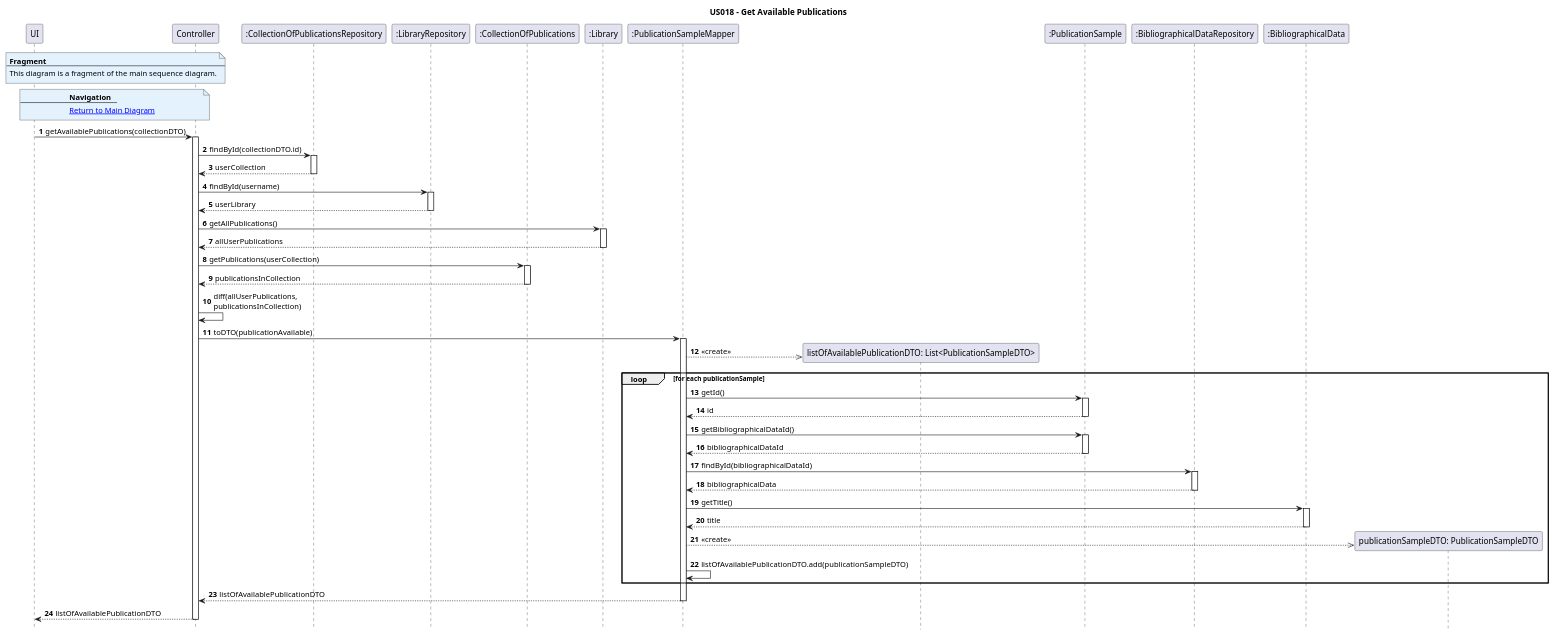
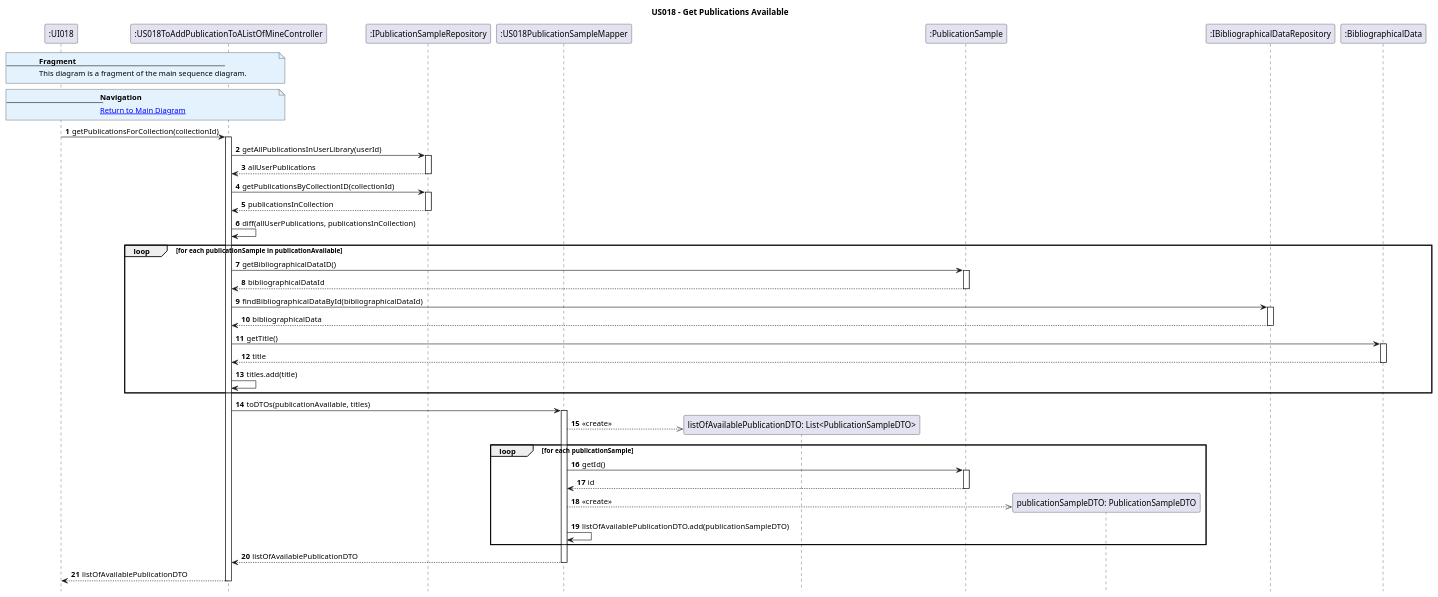
One commit to AndrePereiraGitH/SWitCH-Project-Team_A changed the diagram in Diagrams/SequenceDiagrams/N2/US018-to-add-a-publication-to-list/3.GetAvailablePublications.puml. Above: the diagram before and after it, drawn with PlantUML. The commit also changed 4 other files, not shown here.

Commit message:
refactor #615: update sequence and class diagrams according to DDD

```diff
--- a/Diagrams/SequenceDiagrams/N2/US018-to-add-a-publication-to-list/3.GetAvailablePublications.puml
+++ b/Diagrams/SequenceDiagrams/N2/US018-to-add-a-publication-to-list/3.GetAvailablePublications.puml
@@ -1,96 +1,103 @@
 @startuml
 
 hide footbox
 autonumber
 
-title US018 - Get Available Publications
+title US018 - Get Publications Available
+
+participant ":UI018" as UI
+participant ":US018ToAddPublicationToAListOfMineController" as Controller
+participant ":IPublicationSampleRepository" as PublicationSampleRepo
+participant ":US018PublicationSampleMapper" as PublicationSampleMapper
+participant "listOfAvailablePublicationDTO: List<PublicationSampleDTO>" as listOfAvailablePublicationDTO
+participant ":PublicationSample" as PublicationSample
+participant "publicationSampleDTO: PublicationSampleDTO" as publicationSampleDTO
+participant ":IBibliographicalDataRepository" as BibliographicalDataRepo
+participant ":BibliographicalData" as BibliographicalData
 
 note over UI, Controller #E3F2FD
 <b>Fragment</b>
 ---
 This diagram is a fragment of the main sequence diagram.
 end note
 
 note over UI, Controller #E3F2FD
 <b>Navigation</b>
 ---
 [[1.MainDiagram.puml Return to Main Diagram]]
 end note
 
-participant ":UI018" as UI
-participant ":AddCollectionOfPublicationsController" as Controller
-participant ":CollectionOfPublicationsRepository" as CollectionRepo
-participant ":LibraryRepository" as LibraryRepo
-participant ":CollectionOfPublications" as CP
-participant ":Library" as Library
-
-participant ":PublicationSampleMapper" as PublicationSampleMapper
-participant "listOfAvailablePublicationDTO: List<PublicationSampleDTO>" as listOfAvailablePublicationDTO
-participant ":PublicationSample" as PublicationSample
-participant ":BibliographicalDataRepository" as BibliographicalDataRepo
-participant ":BibliographicalData" as BibliographicalData
-participant "publicationSampleDTO: PublicationSampleDTO" as publicationSampleDTO
-
-UI -> Controller : getAvailablePublications(collectionDTO)
+UI -> Controller : getPublicationsForCollection(collectionId)
 activate Controller
 
-Controller -> CollectionRepo : findById(collectionDTO.id)
-activate CollectionRepo
-CollectionRepo --> Controller : userCollection
-deactivate CollectionRepo
+' =====================================================
+' GET ALL USER PUBLICATIONS
+' =====================================================
+Controller -> PublicationSampleRepo : getAllPublicationsInUserLibrary(userId)
+activate PublicationSampleRepo
+PublicationSampleRepo --> Controller : allUserPublications
+deactivate PublicationSampleRepo
 
-Controller -> LibraryRepo : findById(username)
-activate LibraryRepo
-LibraryRepo --> Controller : userLibrary
-deactivate LibraryRepo
+' =====================================================
+' GET PUBLICATIONS ALREADY IN COLLECTION
+' =====================================================
+Controller -> PublicationSampleRepo : getPublicationsByCollectionID(collectionId)
+activate PublicationSampleRepo
+PublicationSampleRepo --> Controller : publicationsInCollection
+deactivate PublicationSampleRepo
 
-Controller -> Library : getAllPublications()
-activate Library
-Library --> Controller : allUserPublications
-deactivate Library
+' =====================================================
+' CALCULATE DIFFERENCE
+' =====================================================
+Controller -> Controller : diff(allUserPublications, publicationsInCollection)
 
-Controller -> CP : getPublications(userCollection)
-activate CP
-CP --> Controller : publicationsInCollection
-deactivate CP
+' =====================================================
+' GET TITLES (Controller responsibility)
+' =====================================================
 
-Controller -> Controller : diff(allUserPublications,\npublicationsInCollection)
+loop for each publicationSample in publicationAvailable
+    Controller -> PublicationSample : getBibliographicalDataID()
+    activate PublicationSample
+    PublicationSample --> Controller : bibliographicalDataId
+    deactivate PublicationSample
 
-Controller -> PublicationSampleMapper : toDTO(publicationAvailable)
+    Controller -> BibliographicalDataRepo : findBibliographicalDataById(bibliographicalDataId)
+    activate BibliographicalDataRepo
+    BibliographicalDataRepo --> Controller : bibliographicalData
+    deactivate BibliographicalDataRepo
+
+    Controller -> BibliographicalData : getTitle()
+    activate BibliographicalData
+    BibliographicalData --> Controller : title
+    deactivate BibliographicalData
+
+    Controller -> Controller : titles.add(title)
+end
+
+' =====================================================
+' CONVERT RESULT TO DTO
+' =====================================================
+
+Controller -> PublicationSampleMapper : toDTOs(publicationAvailable, titles)
 activate PublicationSampleMapper
 
 PublicationSampleMapper -->> listOfAvailablePublicationDTO ** : <<create>>
 
 loop for each publicationSample
     PublicationSampleMapper -> PublicationSample : getId()
     activate PublicationSample
     PublicationSample --> PublicationSampleMapper : id
     deactivate PublicationSample
-
-    PublicationSampleMapper -> PublicationSample : getBibliographicalDataId()
-    activate PublicationSample
-    PublicationSample --> PublicationSampleMapper : bibliographicalDataId
-    deactivate PublicationSample
-
-    PublicationSampleMapper -> BibliographicalDataRepo : findById(bibliographicalDataId)
-    activate BibliographicalDataRepo
-    BibliographicalDataRepo --> PublicationSampleMapper : bibliographicalData
-    deactivate BibliographicalDataRepo
-
-    PublicationSampleMapper -> BibliographicalData : getTitle()
-    activate BibliographicalData
-    BibliographicalData --> PublicationSampleMapper : title
-    deactivate BibliographicalData
 
     PublicationSampleMapper -->> publicationSampleDTO ** : <<create>>
 
     PublicationSampleMapper -> PublicationSampleMapper : listOfAvailablePublicationDTO.add(publicationSampleDTO)
 end
 
 PublicationSampleMapper --> Controller : listOfAvailablePublicationDTO
 deactivate PublicationSampleMapper
 
 Controller --> UI : listOfAvailablePublicationDTO
 deactivate Controller
 
 @enduml
```
